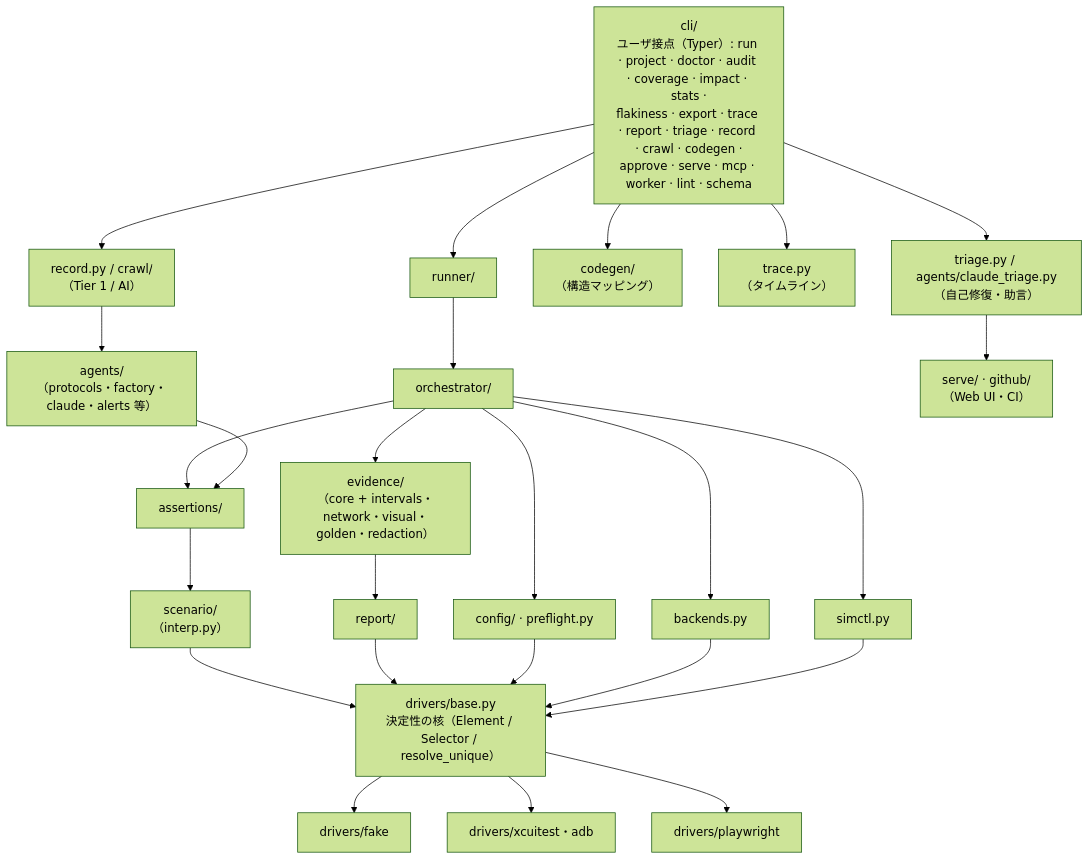
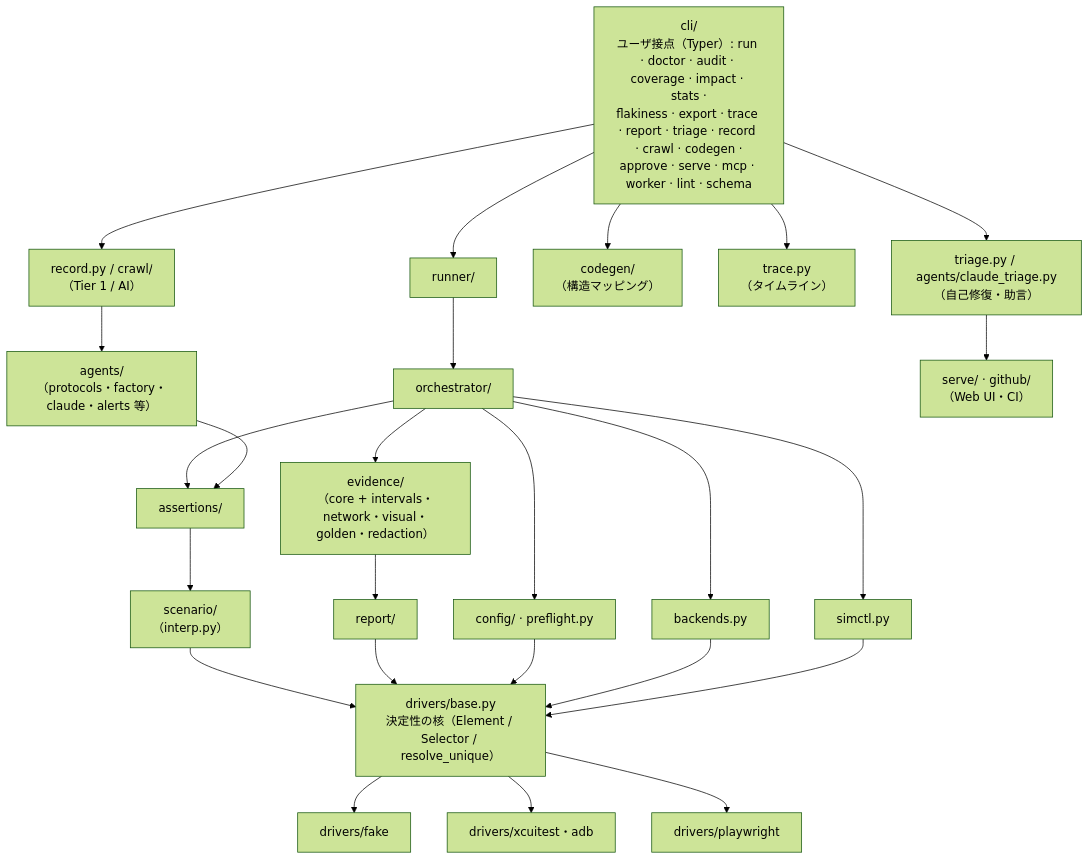
The second of 2 diagrams in docs/ja/architecture.md (bajutsu-e2e/bajutsu), drawn with Mermaid (forest theme) before and after one commit. The commit also changed other lines of this file and 94 other files, not shown here.

First line of the commit message:
feat(serve): collapse the project layer into the org and the target

````diff
--- a/docs/ja/architecture.md
+++ b/docs/ja/architecture.md
@@ -134,59 +134,59 @@
 ```mermaid
 flowchart TB
-    cli["cli/<br/>ユーザ接点（Typer）: run · project · doctor · audit · coverage · impact · stats ·<br/>flakiness · export · trace · report · triage · record · crawl · codegen ·<br/>approve · serve · mcp · worker · lint · schema"]
+    cli["cli/<br/>ユーザ接点（Typer）: run · doctor · audit · coverage · impact · stats ·<br/>flakiness · export · trace · report · triage · record · crawl · codegen ·<br/>approve · serve · mcp · worker · lint · schema"]
 
     runner["runner/"]
     record["record.py / crawl/<br/>（Tier 1 / AI）"]
     codegen["codegen/<br/>（構造マッピング）"]
     trace["trace.py<br/>（タイムライン）"]
     triage["triage.py / agents/claude_triage.py<br/>（自己修復・助言）"]
 
     orch["orchestrator/"]
     agentStuff["agents/<br/>（protocols・factory・claude・alerts 等）"]
     serveGh["serve/ · github/<br/>（Web UI・CI）"]
 
     assertions["assertions/"]
     evidence["evidence/<br/>（core + intervals・network・visual・golden・redaction）"]
 
     scenario["scenario/<br/>（interp.py）"]
     report["report/"]
     config["config/ · preflight.py"]
     backends["backends.py"]
     simctl["simctl.py"]
 
     base["drivers/base.py<br/>決定性の核（Element / Selector / resolve_unique）"]
 
     fake["drivers/fake"]
     ios["drivers/xcuitest・adb"]
     pw["drivers/playwright"]
 
     cli --> runner
     cli --> record
     cli --> codegen
     cli --> trace
     cli --> triage
 
     runner --> orch
     record --> agentStuff
     triage --> serveGh
 
     orch --> assertions
     orch --> evidence
     agentStuff --> assertions
 
     assertions --> scenario
     evidence --> report
     orch --> config
     orch --> backends
     orch --> simctl
 
     scenario --> base
     report --> base
     config --> base
     backends --> base
     simctl --> base
 
     base --> fake
     base --> ios
     base --> pw
 ```
````
